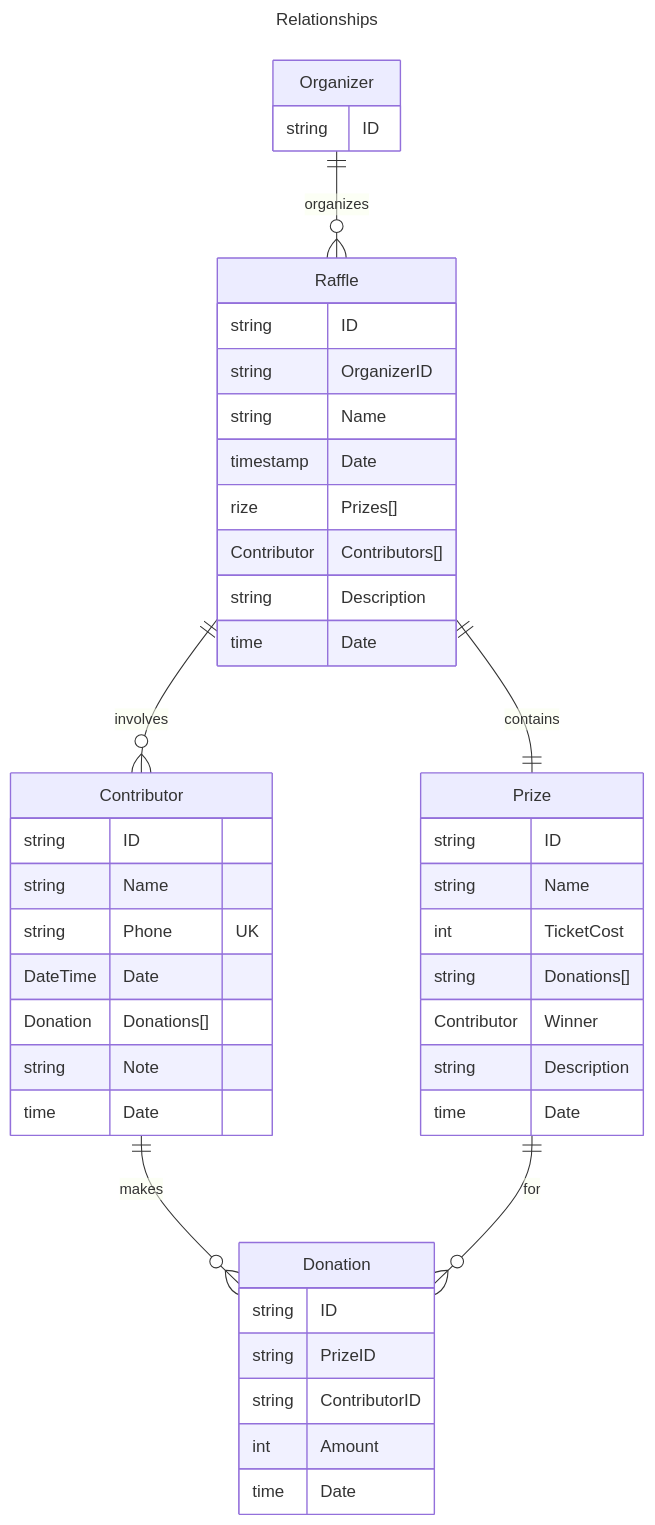
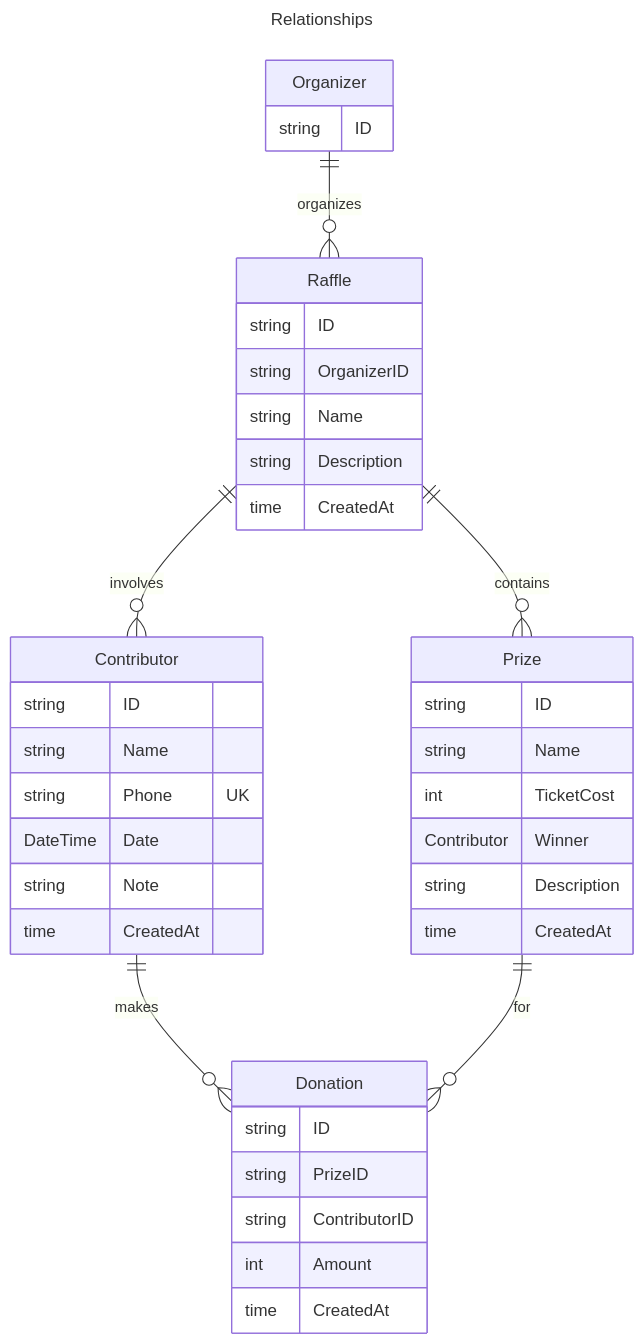
One commit to bluegophercult/yarmarok changed the second of 2 diagrams in README.md. Above: the diagram before and after it, drawn with Mermaid.

Commit message:
fix: relations, rm redundant fields

````diff
--- a/README.md
+++ b/README.md
@@ -71,54 +71,49 @@
 ```mermaid
 ---
 title: Relationships
 ---
 erDiagram
     Organizer {
         string ID
     }
 
     Raffle {
         string ID
         string OrganizerID
         string Name
-        timestamp Date
-        rize Prizes[]
-        Contributor Contributors[]
         string Description
-        time Date
+        time CreatedAt
     }
 
     Prize {
         string ID
         string Name
         int TicketCost
-        string Donations[]
         Contributor Winner
         string Description
-        time Date
+        time CreatedAt
     }
 
     Contributor {
         string ID
         string Name
         string Phone UK
         DateTime Date
-        Donation Donations[]
         string Note
-        time Date
+        time CreatedAt
     }
 
     Donation {
         string ID
         string PrizeID
         string ContributorID
         int Amount
-        time Date
+        time CreatedAt
     }
 
     Organizer ||--o{ Raffle: organizes
-    Raffle ||--|| Prize: contains
+    Raffle ||--o{ Prize: contains
     Raffle ||--o{ Contributor: involves
     Contributor ||--o{ Donation: makes
-    Prize ||--o{  Donation: for
+    Prize ||--o{ Donation: for
 ```
````
